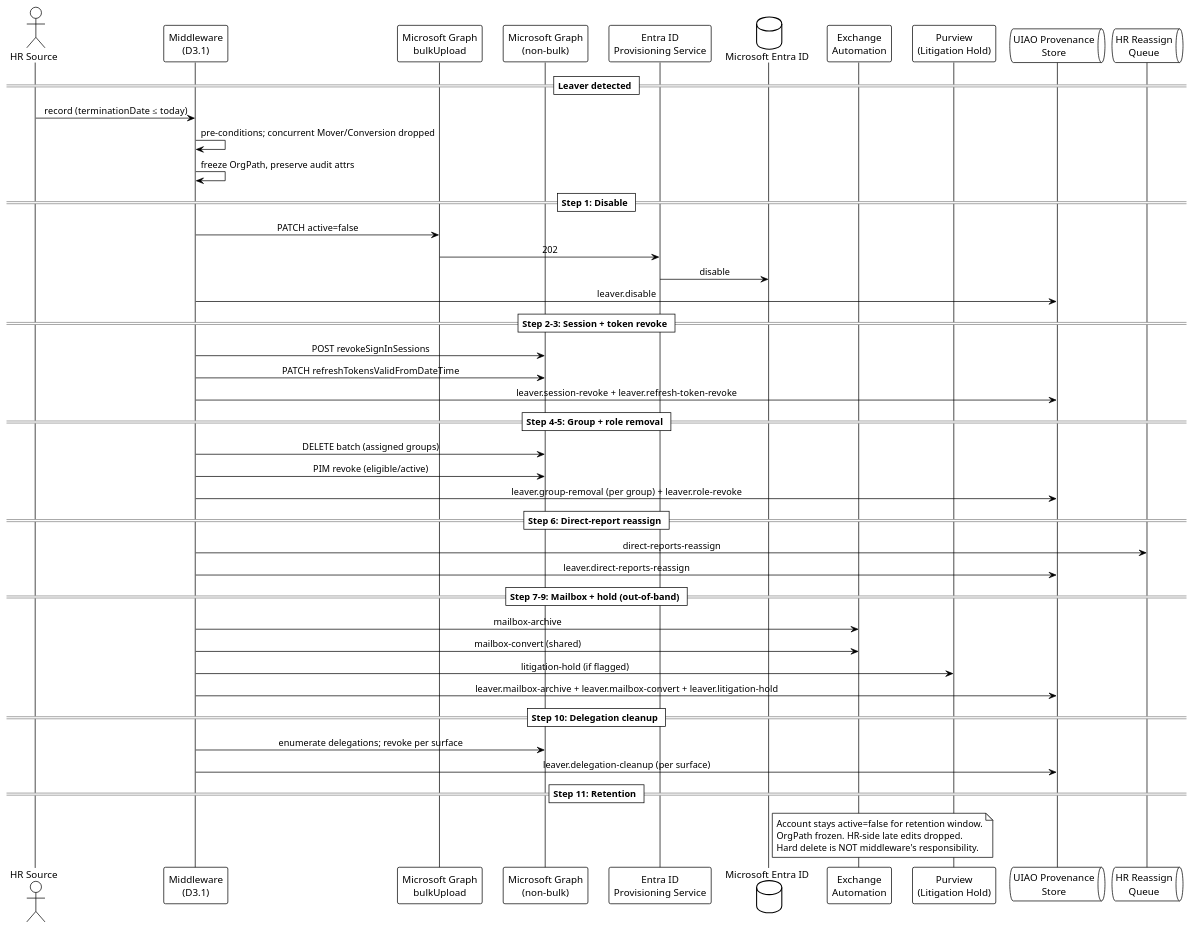
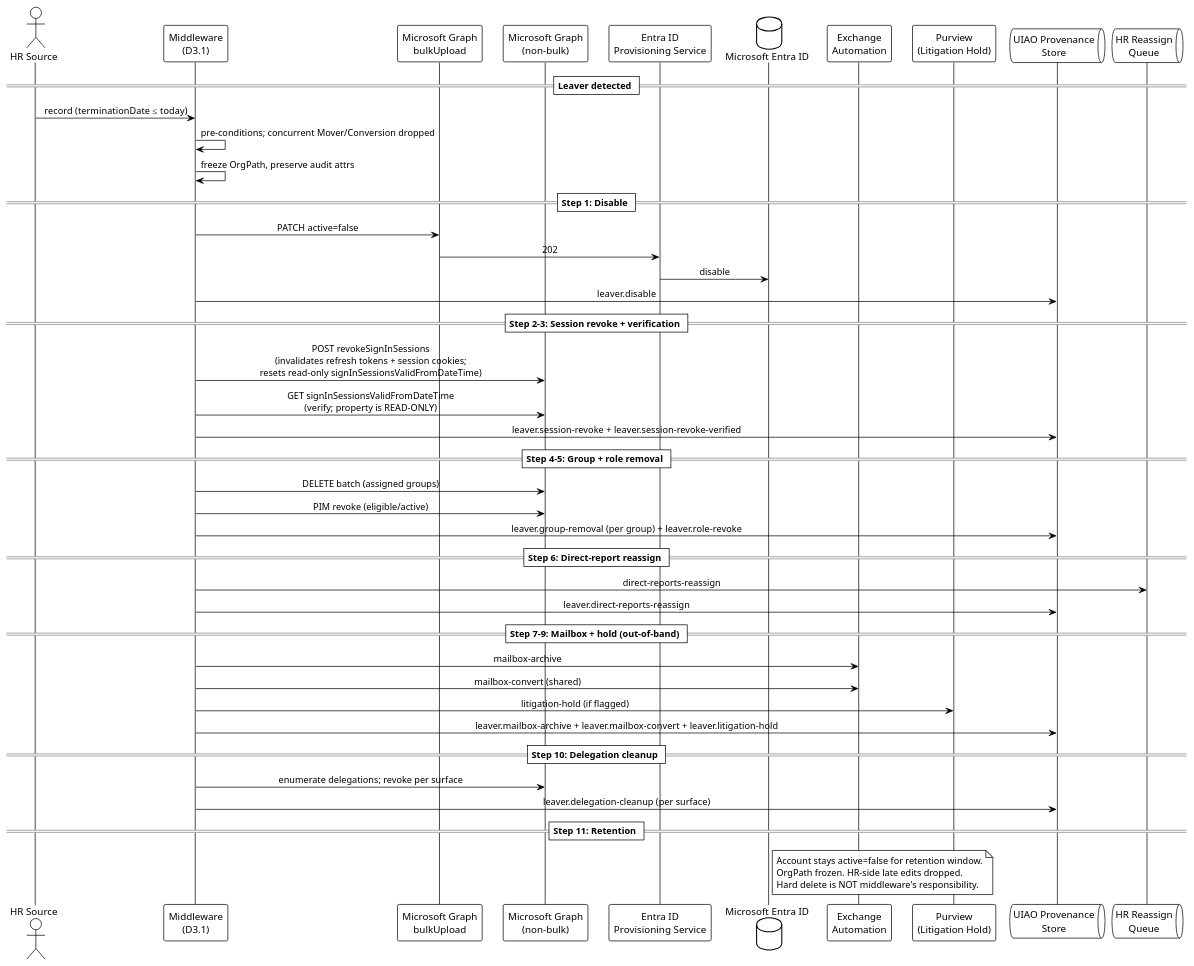
Before and after one commit to WhalerMike/uiao: the diagram in src/uiao/canon/specs/Spec2-D2.3-LeaverWorkflowSpecification.md, drawn with PlantUML. The commit also changed other lines of this file and 9 other files, not shown here.

````diff
--- a/src/uiao/canon/specs/Spec2-D2.3-LeaverWorkflowSpecification.md
+++ b/src/uiao/canon/specs/Spec2-D2.3-LeaverWorkflowSpecification.md
@@ -344,61 +395,61 @@
 ```plantuml
 @startuml spec2_d2_3_leaver_sequence
 !theme plain
 skinparam defaultFontName Segoe UI
 skinparam sequenceMessageAlign center
 
 actor "HR Source" as HR
 participant "Middleware\n(D3.1)" as MW
 participant "Microsoft Graph\nbulkUpload" as Graph
 participant "Microsoft Graph\n(non-bulk)" as DirectGraph
 participant "Entra ID\nProvisioning Service" as PS
 database "Microsoft Entra ID" as Entra
 participant "Exchange\nAutomation" as Exchange
 participant "Purview\n(Litigation Hold)" as Purview
 queue "UIAO Provenance\nStore" as Prov
 queue "HR Reassign\nQueue" as Reassign
 
 == Leaver detected ==
 HR -> MW : record (terminationDate ≤ today)
 MW -> MW : pre-conditions; concurrent Mover/Conversion dropped
 MW -> MW : freeze OrgPath, preserve audit attrs
 
 == Step 1: Disable ==
 MW -> Graph : PATCH active=false
 Graph -> PS : 202
 PS -> Entra : disable
 MW -> Prov : leaver.disable
 
-== Step 2-3: Session + token revoke ==
-MW -> DirectGraph : POST revokeSignInSessions
-MW -> DirectGraph : PATCH refreshTokensValidFromDateTime
-MW -> Prov : leaver.session-revoke + leaver.refresh-token-revoke
+== Step 2-3: Session revoke + verification ==
+MW -> DirectGraph : POST revokeSignInSessions\n(invalidates refresh tokens + session cookies;\nresets read-only signInSessionsValidFromDateTime)
+MW -> DirectGraph : GET signInSessionsValidFromDateTime\n(verify; property is READ-ONLY)
+MW -> Prov : leaver.session-revoke + leaver.session-revoke-verified
 
 == Step 4-5: Group + role removal ==
 MW -> DirectGraph : DELETE batch (assigned groups)
 MW -> DirectGraph : PIM revoke (eligible/active)
 MW -> Prov : leaver.group-removal (per group) + leaver.role-revoke
 
 == Step 6: Direct-report reassign ==
 MW -> Reassign : direct-reports-reassign
 MW -> Prov : leaver.direct-reports-reassign
 
 == Step 7-9: Mailbox + hold (out-of-band) ==
 MW -> Exchange : mailbox-archive
 MW -> Exchange : mailbox-convert (shared)
 MW -> Purview : litigation-hold (if flagged)
 MW -> Prov : leaver.mailbox-archive + leaver.mailbox-convert + leaver.litigation-hold
 
 == Step 10: Delegation cleanup ==
 MW -> DirectGraph : enumerate delegations; revoke per surface
 MW -> Prov : leaver.delegation-cleanup (per surface)
 
 == Step 11: Retention ==
 note right of Entra
   Account stays active=false for retention window.
   OrgPath frozen. HR-side late edits dropped.
   Hard delete is NOT middleware's responsibility.
 end note
 
 @enduml
 ```
````
